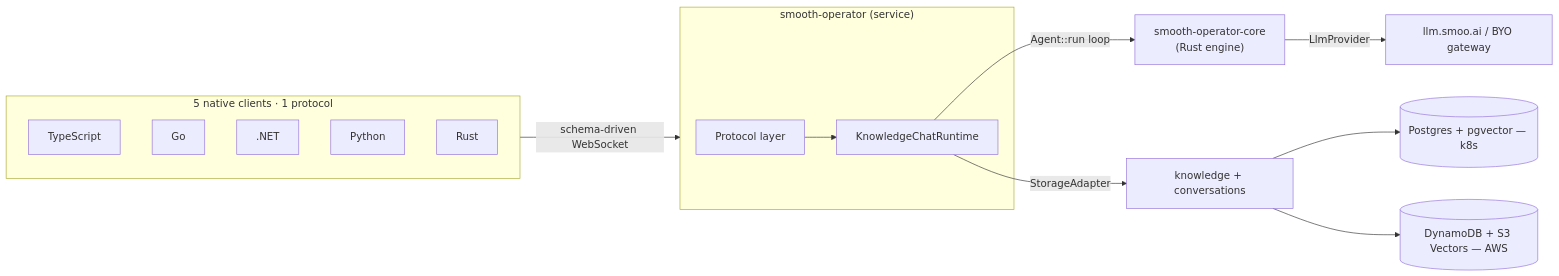
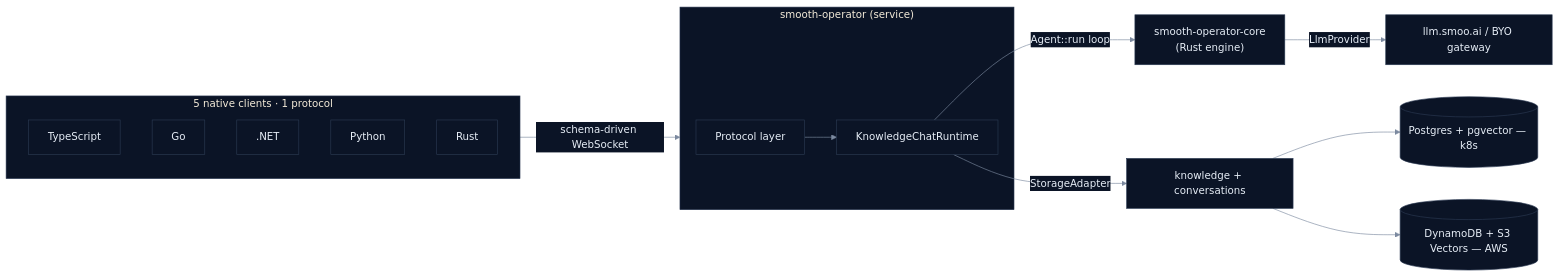
The diagram in docs/Home.md (SmooAI/smooth-operator), drawn with Mermaid before and after one commit. The commit also changed 8 other files, not shown here.

Commit message:
chore: glow up README + diagrams — hero banner, marketing callout (#6)

````diff
--- a/docs/Home.md
+++ b/docs/Home.md
@@ -106,15 +106,16 @@
 ```mermaid
+%%{init: {'theme':'base','themeVariables':{'background':'#020618','primaryColor':'#0b1426','primaryTextColor':'#e6edf6','primaryBorderColor':'#2b3a52','lineColor':'#7c8aa0','secondaryColor':'#0b1426','tertiaryColor':'#0b1426','fontFamily':'ui-sans-serif, system-ui, sans-serif','clusterBkg':'#0b1426','clusterBorder':'#22304a'}}}%%
 flowchart LR
   subgraph Clients["5 native clients · 1 protocol"]
     TS["TypeScript"]; GO["Go"]; NET[".NET"]; PY["Python"]; RS["Rust"]
   end
   Clients -->|"schema-driven WebSocket"| SVC
   subgraph SVC["smooth-operator (service)"]
     PROTO["Protocol layer"] --> RT["KnowledgeChatRuntime"]
   end
   RT -->|"Agent::run loop"| ENGINE["smooth-operator-core<br/>(Rust engine)"]
   ENGINE -->|"LlmProvider"| GW["llm.smoo.ai / BYO gateway"]
   RT -->|"StorageAdapter"| KB["knowledge + conversations"]
   KB --> PG[("Postgres + pgvector — k8s")]
   KB --> DDB[("DynamoDB + S3 Vectors — AWS")]
 ```
````
